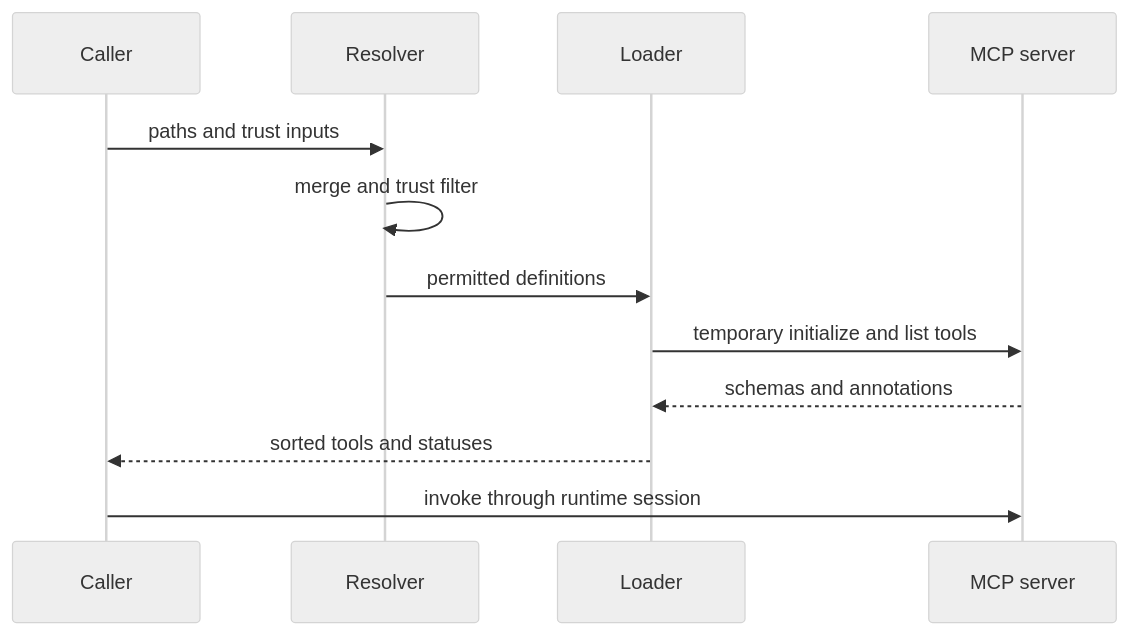
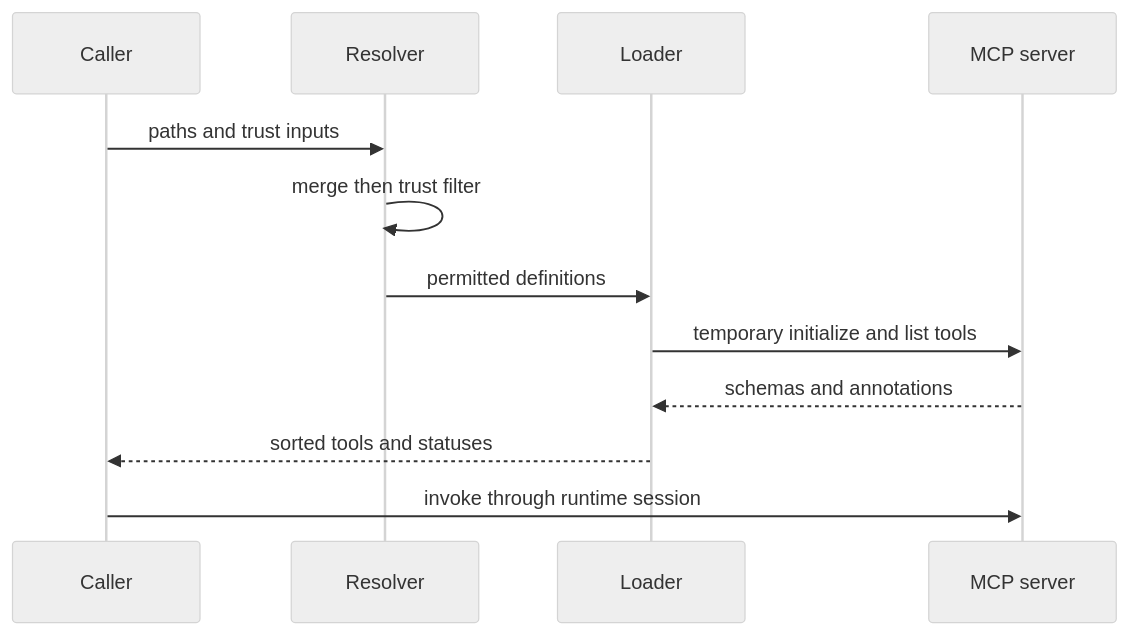
One commit to langchain-ai/deepagents changed the first of 2 diagrams in openwiki/integrations/mcp.md. Above: the diagram before and after it, drawn with Mermaid (neutral theme). The commit also changed other lines of this file and 39 other files, not shown here.

````diff
--- a/openwiki/integrations/mcp.md
+++ b/openwiki/integrations/mcp.md
@@ -127,14 +79,14 @@
 ```mermaid
 sequenceDiagram
     participant Caller
     participant Resolver
     participant Loader
     participant Remote as MCP server
     Caller->>Resolver: paths and trust inputs
-    Resolver->>Resolver: merge and trust filter
+    Resolver->>Resolver: merge then trust filter
     Resolver->>Loader: permitted definitions
     Loader->>Remote: temporary initialize and list tools
     Remote-->>Loader: schemas and annotations
     Loader-->>Caller: sorted tools and statuses
     Caller->>Remote: invoke through runtime session
 ```
````
